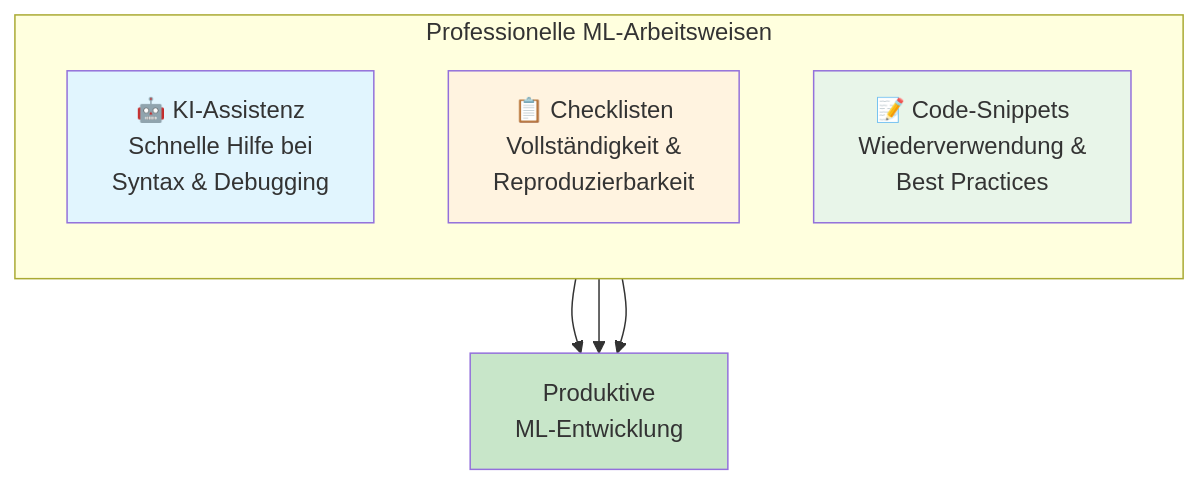
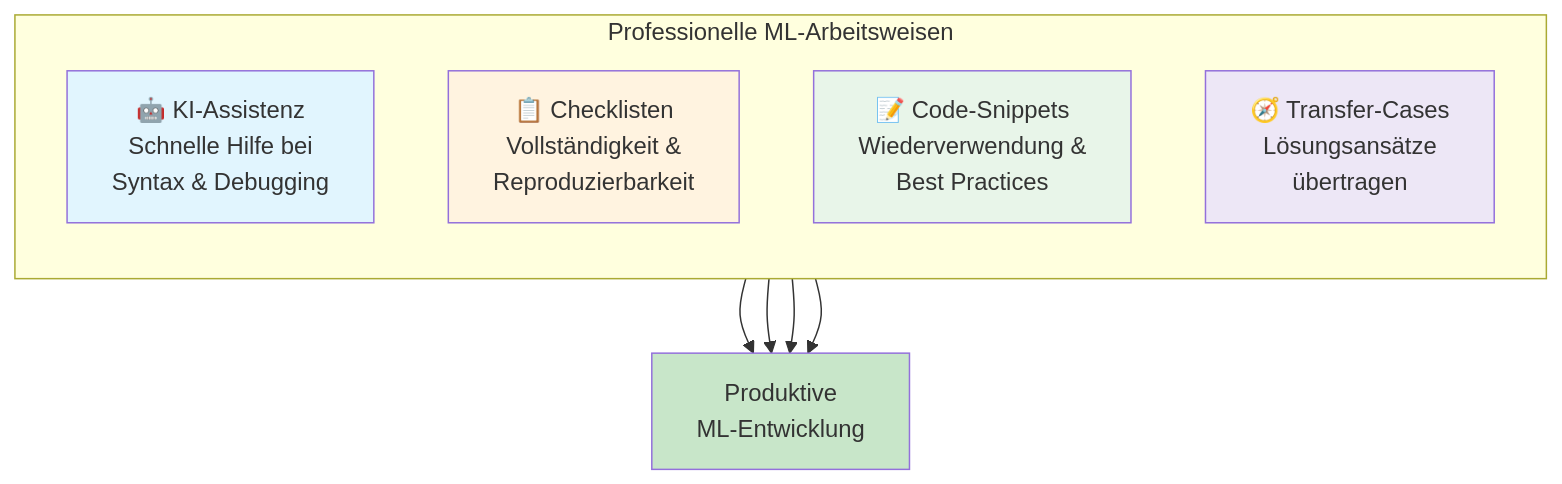
Before and after one commit to ralf-42/ML_Intro: the sixth of 6 diagrams in docs/concepts/grundlagen/coding-arbeitsweisen.md, drawn with Mermaid. The commit also changed other lines of this file, not shown here.

````diff
--- a/docs/concepts/grundlagen/coding-arbeitsweisen.md
+++ b/docs/concepts/grundlagen/coding-arbeitsweisen.md
@@ -331,18 +380,21 @@
 ```mermaid
 flowchart TB
     subgraph Arbeitsweisen["Professionelle ML-Arbeitsweisen"]
         direction TB
         A[🤖 KI-Assistenz<br/>Schnelle Hilfe bei<br/>Syntax & Debugging]
         B[📋 Checklisten<br/>Vollständigkeit &<br/>Reproduzierbarkeit]
         C[📝 Code-Snippets<br/>Wiederverwendung &<br/>Best Practices]
+        E[🧭 Transfer-Cases<br/>Lösungsansätze<br/>übertragen]
     end
     
     A --> D[Produktive<br/>ML-Entwicklung]
     B --> D
     C --> D
+    E --> D
     
     style A fill:#e1f5fe
     style B fill:#fff3e0
     style C fill:#e8f5e9
+    style E fill:#ede7f6
     style D fill:#c8e6c9
 ```
````
